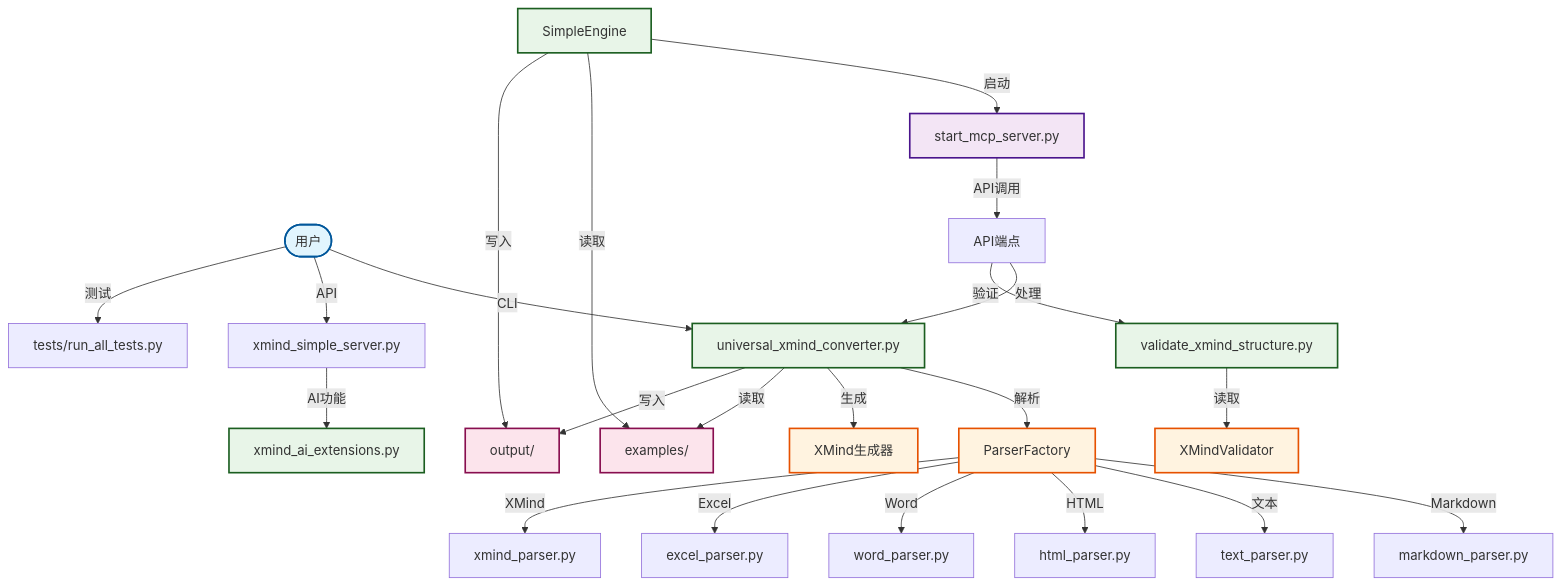
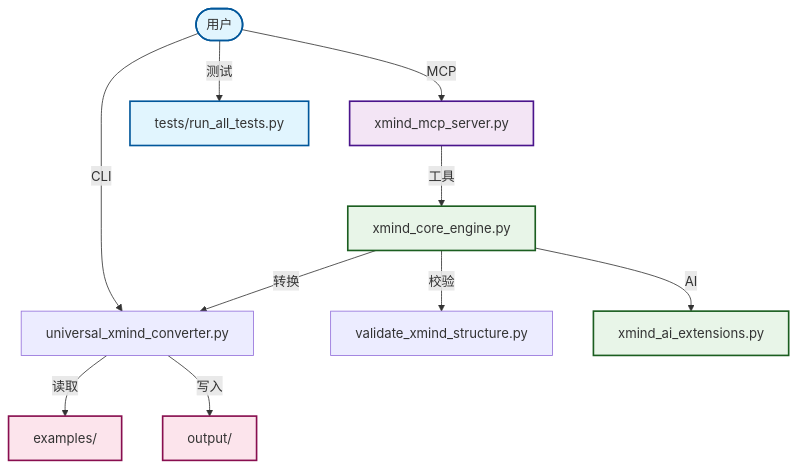
One commit to Master-Frank/XmindMcp changed the diagram in README_CN.md. Above: the diagram before and after it, drawn with Mermaid. The commit also changed other lines of this file and 1 other file, not shown here.

Commit message:
docs: refactor README for UVX MCP, sync Chinese version; remove absolute paths and non-uvx server instructions

````diff
--- a/README_CN.md
+++ b/README_CN.md
@@ -50,46 +48,24 @@
 ```mermaid
 graph TD
-    %% 用户界面层
     User([用户]) -->|CLI| Converter[universal_xmind_converter.py]
-    User -->|API| SimpleServer[xmind_simple_server.py]
+    User -->|MCP| MCP[xmind_mcp_server.py]
     User -->|测试| TestRunner[tests/run_all_tests.py]
-    
-    %% 服务器层
-    SimpleEngine -->|启动| MCPServer[start_mcp_server.py]
-    MCPServer -->|API调用| APIEndpoints[API端点]
-    APIEndpoints -->|处理| Converter[universal_xmind_converter.py]
-    APIEndpoints -->|验证| Validator[validate_xmind_structure.py]
-    
-    %% 核心引擎层
-    SimpleServer -->|AI功能| AIExt[xmind_ai_extensions.py]
-    Converter -->|解析| Parsers[ParserFactory]
-    Converter -->|生成| XMindGen[XMind生成器]
-    
-    %% 工具层
-    Parsers -->|Markdown| MDParser[markdown_parser.py]
-    Parsers -->|文本| TParser[text_parser.py]
-    Parsers -->|HTML| HParser[html_parser.py]
-    Parsers -->|Word| WParser[word_parser.py]
-    Parsers -->|Excel| EParser[excel_parser.py]
-    Parsers -->|XMind| XParser[xmind_parser.py]
-    Validator -->|读取| XMindReader[XMindValidator]
-    
-    %% 文件系统
+
+    MCP -->|工具| Core[xmind_core_engine.py]
+    Core -->|转换| Converter
+    Core -->|校验| Validator[validate_xmind_structure.py]
+    Core -->|AI| AIExt[xmind_ai_extensions.py]
+
     Converter -->|读取| Examples[examples/]
     Converter -->|写入| Output[output/]
-    SimpleEngine -->|读取| Examples
-    SimpleEngine -->|写入| Output
-    
-    %% 样式定义
+
     classDef userLayer fill:#e1f5fe,stroke:#01579b,stroke-width:2px
     classDef serverLayer fill:#f3e5f5,stroke:#4a148c,stroke-width:2px
     classDef engineLayer fill:#e8f5e8,stroke:#1b5e20,stroke-width:2px
-    classDef toolLayer fill:#fff3e0,stroke:#e65100,stroke-width:2px
     classDef fileLayer fill:#fce4ec,stroke:#880e4f,stroke-width:2px
-    
-    class User,TestSuite,BatchConvert userLayer
-    class MCPServer serverLayer
-    class SimpleEngine,AIExt,Converter,Validator engineLayer
-    class Parsers,XMindGen,XMindReader toolLayer
+
+    class User,TestRunner userLayer
+    class MCP serverLayer
+    class Core,AIExt engineLayer
     class Examples,Output fileLayer
 ```
````
